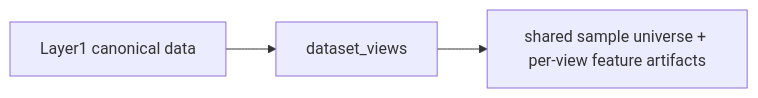
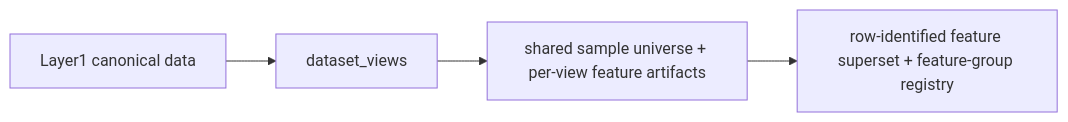
The diagram in Backend/Benchmark/dataset_views/FLOW.md (lawnguyenit/AgriFusion-IoT), drawn with Mermaid before and after one commit. The commit also changed other lines of this file and 88 other files, not shown here.

````diff
--- a/Backend/Benchmark/dataset_views/FLOW.md
+++ b/Backend/Benchmark/dataset_views/FLOW.md
@@ -5,5 +5,6 @@
 ```mermaid
 flowchart LR
     A["Layer1 canonical data"] --> B["dataset_views"]
     B --> C["shared sample universe + per-view feature artifacts"]
+    C --> D["row-identified feature superset + feature-group registry"]
 ```
````
